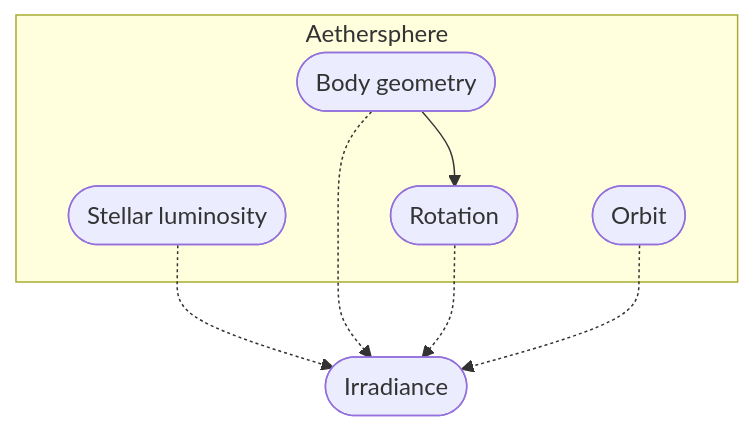
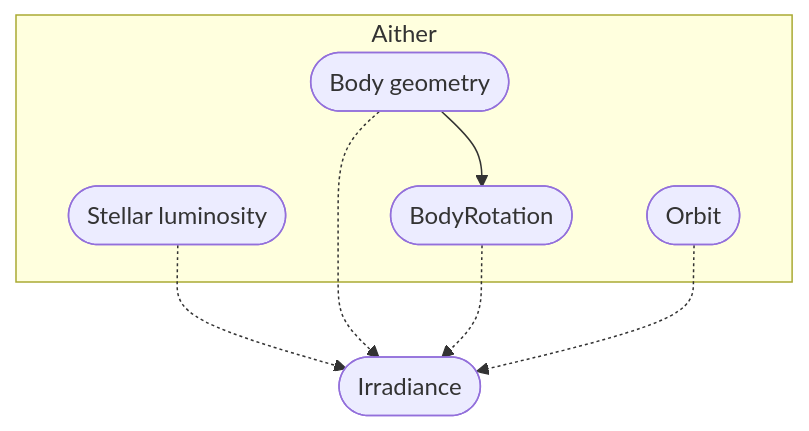
The first of 8 diagrams in docs/concerns.adoc (lagardej/mimameithr), drawn with Mermaid before and after one commit. The commit also changed other lines of this file and 136 other files, not shown here.

```diff
--- a/docs/concerns.adoc
+++ b/docs/concerns.adoc
@@ -20,18 +20,18 @@
 [mermaid]
 ....
 flowchart TB
-    subgraph Aethersphere
+    subgraph Aither
         StellarLuminosity([Stellar luminosity])
         BodyGeometry([Body geometry])
         Orbit([Orbit])
-        Rotation([Rotation])
+        BodyRotation([BodyRotation])
     end
 
     Irradiance([Irradiance])
 
-    BodyGeometry --> Rotation
+    BodyGeometry --> BodyRotation
     StellarLuminosity -.-> Irradiance
     BodyGeometry -.-> Irradiance
-    Rotation -.-> Irradiance
+    BodyRotation -.-> Irradiance
     Orbit -.-> Irradiance
 ....
```
